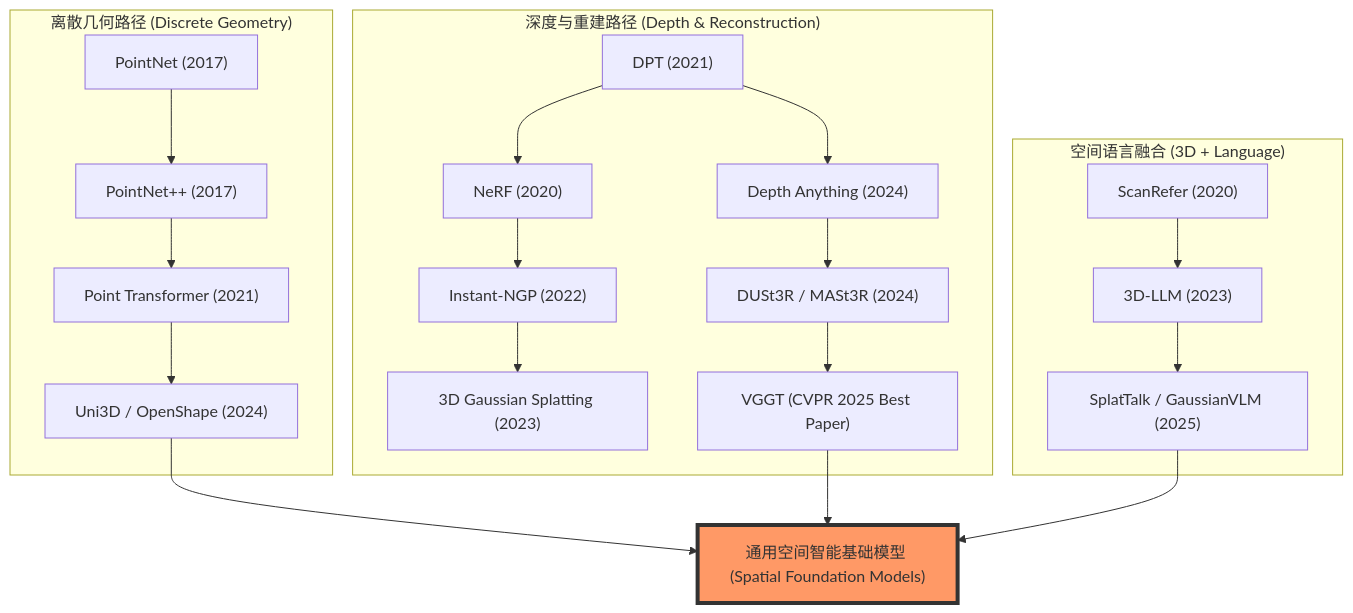
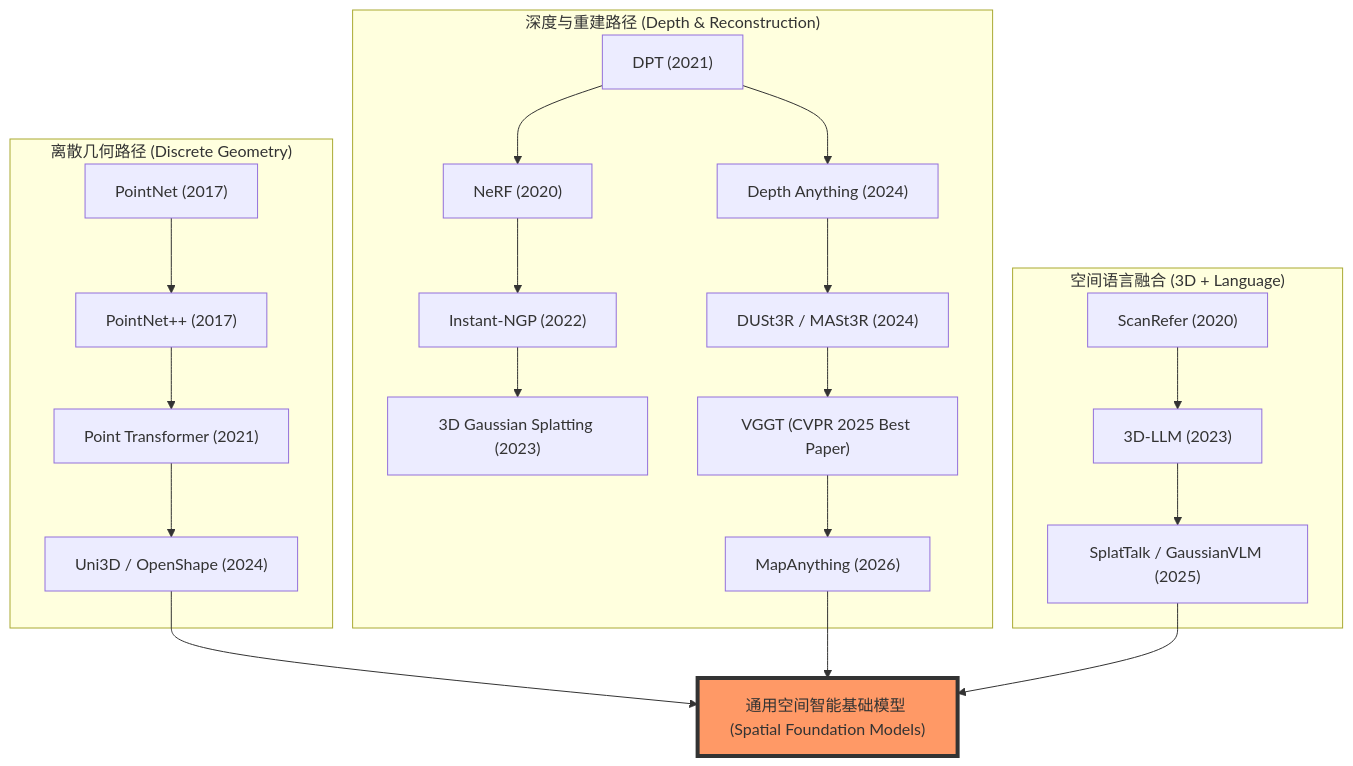
One commit to TingdeLiu/tingdeliu.github.io changed the first of 4 diagrams in _posts/2026-04-29-Spatial-Intelligence-Survey.md. Above: the diagram before and after it, drawn with Mermaid. The commit also changed other lines of this file and 3 other files, not shown here.

First line of the commit message:
docs(spatial-intelligence): 收录 MapAnything (2026) 通用度量级前馈重建

````diff
--- a/_posts/2026-04-29-Spatial-Intelligence-Survey.md
+++ b/_posts/2026-04-29-Spatial-Intelligence-Survey.md
@@ -81,30 +81,31 @@
 ```mermaid
 graph TD
     %% 路径 1: 点云/离散几何
     subgraph Path_Point ["离散几何路径 (Discrete Geometry)"]
         P1["PointNet (2017)"] --> P2["PointNet++ (2017)"]
         P2 --> P3["Point Transformer (2021)"]
         P3 --> P4["Uni3D / OpenShape (2024)"]
     end
 
     %% 路径 2: 深度/重建
     subgraph Path_Recon ["深度与重建路径 (Depth & Reconstruction)"]
         R1["DPT (2021)"] --> R2["Depth Anything (2024)"]
         R1 --> R3["NeRF (2020)"]
         R3 --> R4["Instant-NGP (2022)"]
         R4 --> R5["3D Gaussian Splatting (2023)"]
         R2 --> R6["DUSt3R / MASt3R (2024)"]
         R6 --> R7["VGGT (CVPR 2025 Best Paper)"]
+        R7 --> R8["MapAnything (2026)"]
     end
 
     %% 路径 3: 空间语言模型
     subgraph Path_Lang ["空间语言融合 (3D + Language)"]
         L1["ScanRefer (2020)"] --> L2["3D-LLM (2023)"]
         L2 --> L3["SplatTalk / GaussianVLM (2025)"]
     end
 
     %% 汇聚点
-    P4 & R7 & L3 --> F["通用空间智能基础模型 (Spatial Foundation Models)"]
+    P4 & R8 & L3 --> F["通用空间智能基础模型 (Spatial Foundation Models)"]
 
     style F fill:#f96,stroke:#333,stroke-width:4px
 ```
````
